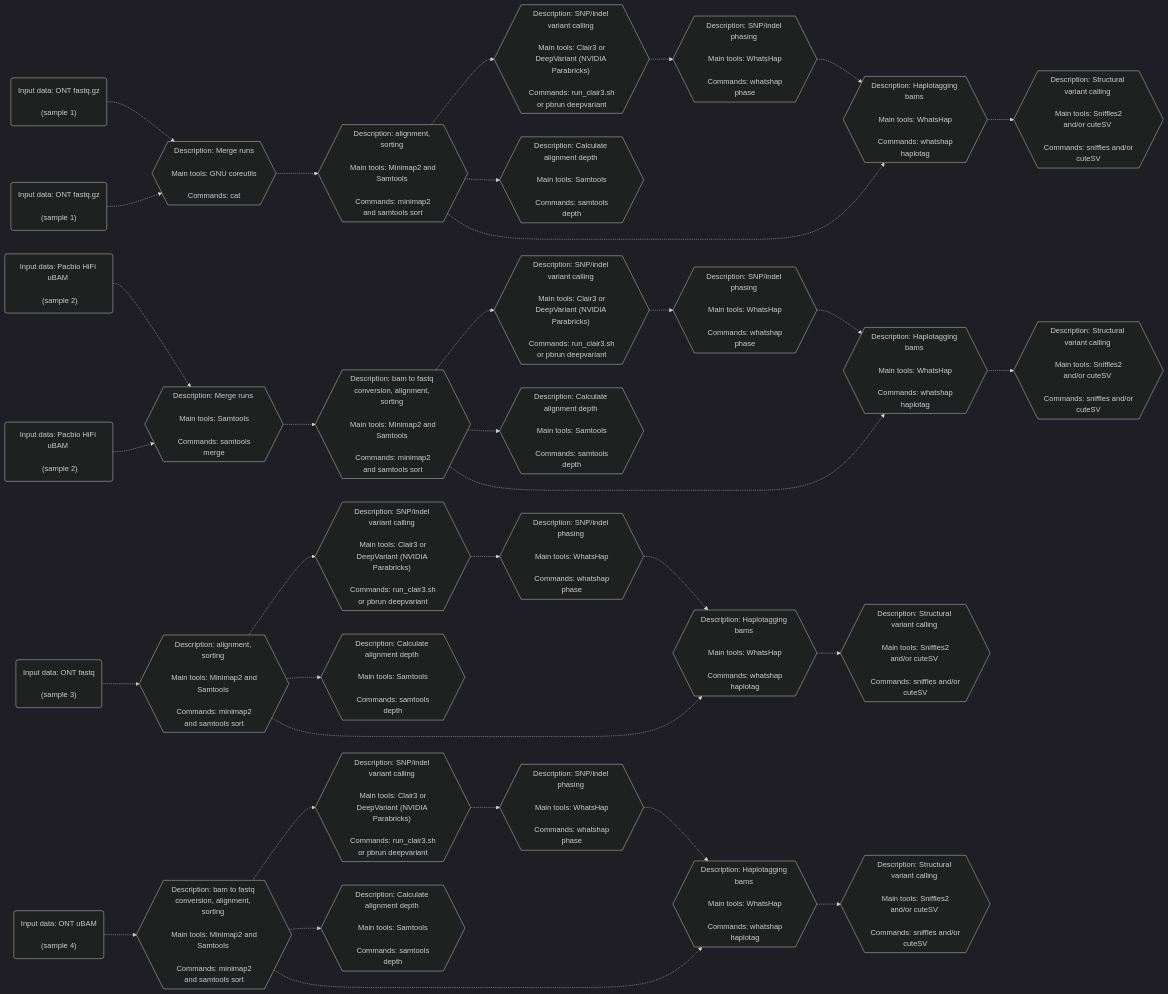
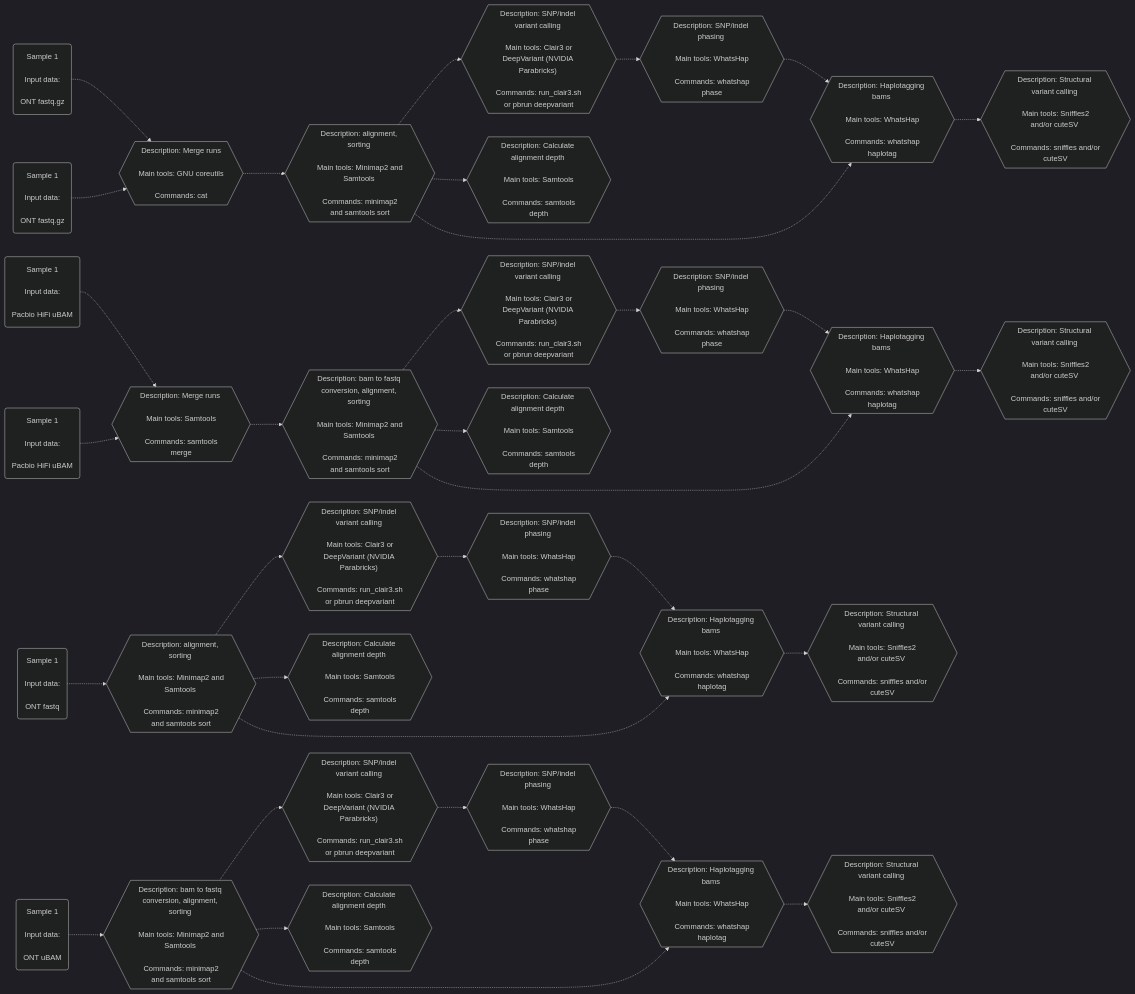
One commit to leahkemp/pipeface changed the second of 2 diagrams in README.md. Above: the diagram before and after it, drawn with Mermaid. The commit also changed other lines of this file, not shown here.

````diff
--- a/README.md
+++ b/README.md
@@ -37,63 +37,63 @@
 ```mermaid
 %%{init: {'theme':'dark'}}%%
 flowchart LR
 
-ont_data_f1("Input data: ONT fastq.gz \n\n (sample 1)")
-ont_data_f2("Input data: ONT fastq.gz \n\n (sample 1)")
-pacbio_data_f3("Input data: Pacbio HiFi uBAM \n\n (sample 2)")
-pacbio_data_f4("Input data: Pacbio HiFi uBAM \n\n (sample 2)")
-ont_data_f5("Input data: ONT fastq \n\n (sample 3)")
-ont_data_f6("Input data: ONT uBAM \n\n (sample 4)")
+ont_data_f1("Sample 1 \n\n Input data: \n\n ONT fastq.gz")
+ont_data_f2("Sample 1 \n\n Input data: \n\n ONT fastq.gz")
+pacbio_data_f3("Sample 1 \n\n Input data: \n\n Pacbio HiFi uBAM")
+pacbio_data_f4("Sample 1 \n\n Input data: \n\n Pacbio HiFi uBAM")
+ont_data_f5("Sample 1 \n\n Input data: \n\n ONT fastq")
+ont_data_f6("Sample 1 \n\n Input data: \n\n ONT uBAM")
 
 merging_m1{{"Description: Merge runs \n\n Main tools: GNU coreutils \n\n Commands: cat"}}
 merging_m2{{"Description: Merge runs \n\n Main tools: Samtools \n\n Commands: samtools merge"}}
 
 alignment_s1{{"Description: alignment, sorting \n\n Main tools: Minimap2 and Samtools \n\n Commands: minimap2 and samtools sort"}}
 alignment_s2{{"Description: alignment, sorting \n\n Main tools: Minimap2 and Samtools \n\n Commands: minimap2 and samtools sort"}}
 alignment_s3{{"Description: bam to fastq conversion, alignment, sorting \n\n Main tools: Minimap2 and Samtools \n\n Commands: minimap2 and samtools sort"}}
 alignment_s4{{"Description: bam to fastq conversion, alignment, sorting \n\n Main tools: Minimap2 and Samtools \n\n Commands: minimap2 and samtools sort"}}
 
 depth_s1{{"Description: Calculate alignment depth \n\n Main tools: Samtools \n\n Commands: samtools depth"}}
 depth_s2{{"Description: Calculate alignment depth \n\n Main tools: Samtools \n\n Commands: samtools depth"}}
 depth_s3{{"Description: Calculate alignment depth \n\n Main tools: Samtools \n\n Commands: samtools depth"}}
 depth_s4{{"Description: Calculate alignment depth \n\n Main tools: Samtools \n\n Commands: samtools depth"}}
 
 snp_indel_calling_s1{{"Description: SNP/indel variant calling \n\n Main tools: Clair3 or DeepVariant (NVIDIA Parabricks) \n\n Commands: run_clair3.sh or pbrun deepvariant"}}
 snp_indel_calling_s2{{"Description: SNP/indel variant calling \n\n Main tools: Clair3 or DeepVariant (NVIDIA Parabricks) \n\n Commands: run_clair3.sh or pbrun deepvariant"}}
 snp_indel_calling_s3{{"Description: SNP/indel variant calling \n\n Main tools: Clair3 or DeepVariant (NVIDIA Parabricks) \n\n Commands: run_clair3.sh or pbrun deepvariant"}}
 snp_indel_calling_s4{{"Description: SNP/indel variant calling \n\n Main tools: Clair3 or DeepVariant (NVIDIA Parabricks) \n\n Commands: run_clair3.sh or pbrun deepvariant"}}
 
 snp_indel_phasing_s1{{"Description: SNP/indel phasing \n\n Main tools: WhatsHap \n\n Commands: whatshap phase"}}
 snp_indel_phasing_s2{{"Description: SNP/indel phasing \n\n Main tools: WhatsHap \n\n Commands: whatshap phase"}}
 snp_indel_phasing_s3{{"Description: SNP/indel phasing \n\n Main tools: WhatsHap \n\n Commands: whatshap phase"}}
 snp_indel_phasing_s4{{"Description: SNP/indel phasing \n\n Main tools: WhatsHap \n\n Commands: whatshap phase"}}
 
 haplotagging_s1{{"Description: Haplotagging bams \n\n Main tools: WhatsHap \n\n Commands: whatshap haplotag"}}
 haplotagging_s2{{"Description: Haplotagging bams \n\n Main tools: WhatsHap \n\n Commands: whatshap haplotag"}}
 haplotagging_s3{{"Description: Haplotagging bams \n\n Main tools: WhatsHap \n\n Commands: whatshap haplotag"}}
 haplotagging_s4{{"Description: Haplotagging bams \n\n Main tools: WhatsHap \n\n Commands: whatshap haplotag"}}
 
 sv_calling_s1{{"Description: Structural variant calling \n\n Main tools: Sniffles2 and/or cuteSV \n\n Commands: sniffles and/or cuteSV"}}
 sv_calling_s2{{"Description: Structural variant calling \n\n Main tools: Sniffles2 and/or cuteSV \n\n Commands: sniffles and/or cuteSV"}}
 sv_calling_s3{{"Description: Structural variant calling \n\n Main tools: Sniffles2 and/or cuteSV \n\n Commands: sniffles and/or cuteSV"}}
 sv_calling_s4{{"Description: Structural variant calling \n\n Main tools: Sniffles2 and/or cuteSV \n\n Commands: sniffles and/or cuteSV"}}
 
 ont_data_f1-.->merging_m1-.->alignment_s1-.->snp_indel_calling_s1-.->snp_indel_phasing_s1-.->haplotagging_s1-.->sv_calling_s1
 ont_data_f2-.->merging_m1
 ont_data_f5-.->alignment_s2-.->snp_indel_calling_s2-.->snp_indel_phasing_s2-.->haplotagging_s2-.->sv_calling_s2
 ont_data_f6-.->alignment_s3-.->snp_indel_calling_s3-.->snp_indel_phasing_s3-.->haplotagging_s3-.->sv_calling_s3
 
 pacbio_data_f3-.->merging_m2-.->alignment_s4-.->snp_indel_calling_s4-.->snp_indel_phasing_s4-.->haplotagging_s4-.->sv_calling_s4
 pacbio_data_f4-.->merging_m2
 
 alignment_s1-.->depth_s1
 alignment_s2-.->depth_s2
 alignment_s3-.->depth_s3
 alignment_s4-.->depth_s4
 
 alignment_s1-.->haplotagging_s1
 alignment_s2-.->haplotagging_s2
 alignment_s3-.->haplotagging_s3
 alignment_s4-.->haplotagging_s4
 
 ```
````
